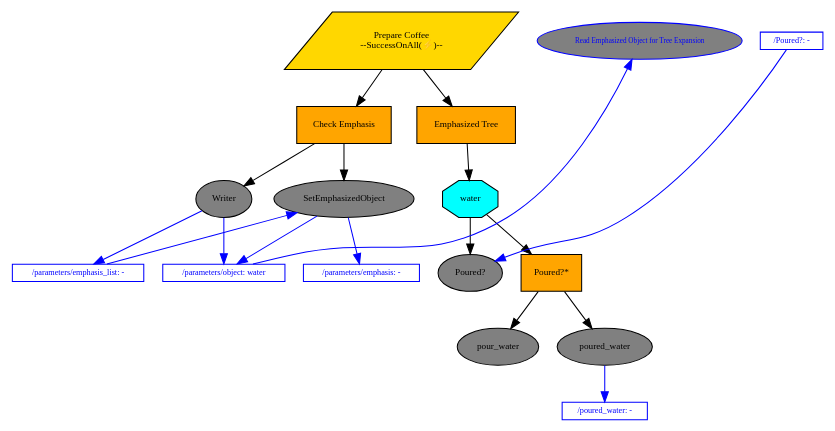
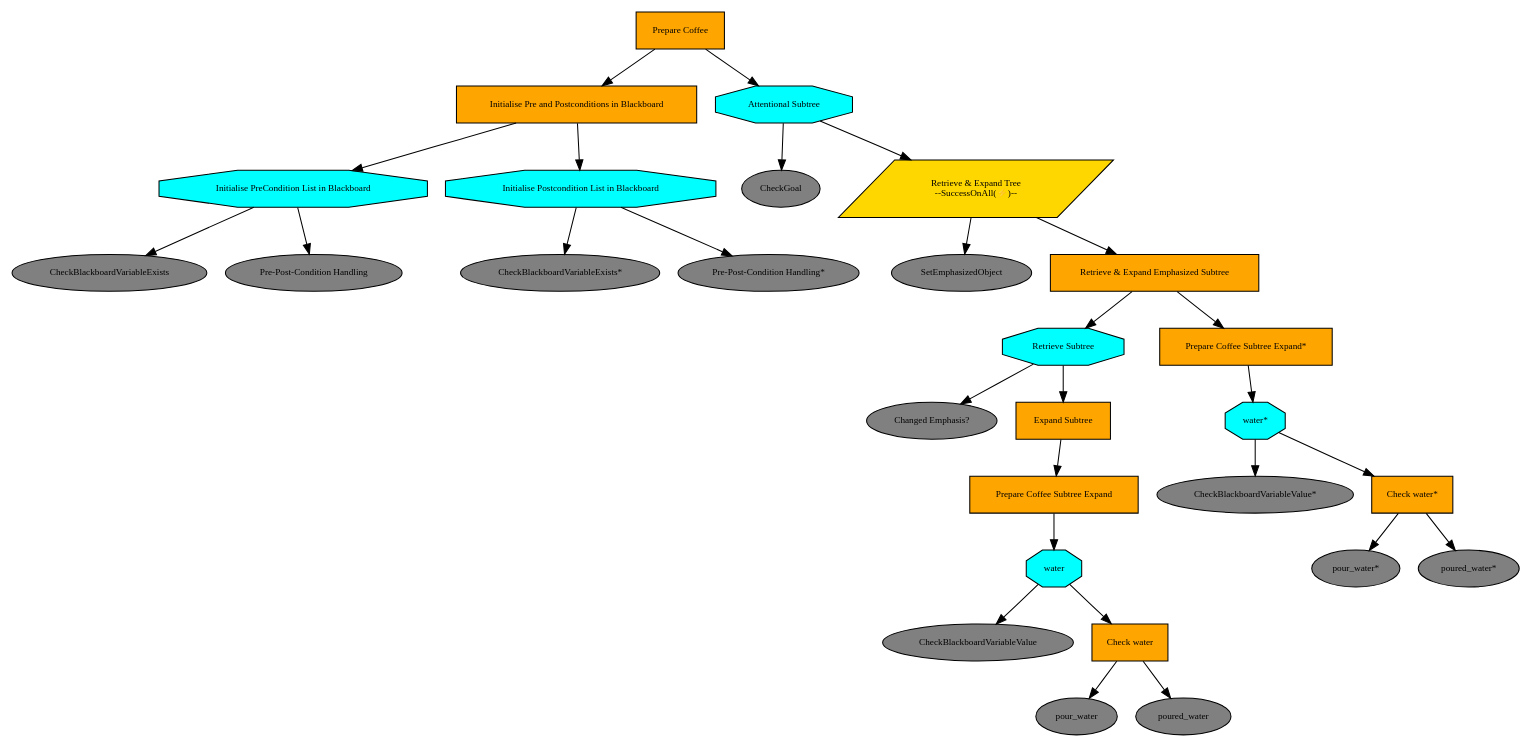
One commit to c7031294/delacruz changed the diagram in prepare_coffee.dot. Above: the diagram before and after it, drawn with Graphviz. The commit also changed 186 other files, not shown here.

```diff
--- a/prepare_coffee.dot
+++ b/prepare_coffee.dot
@@ -1,66 +1,144 @@
 digraph pastafarianism {
 graph [fontname="times-roman"];
 node [fontname="times-roman"];
 edge [fontname="times-roman"];
-"Prepare Coffee" [fillcolor=gold, fontcolor=black, fontsize=9, label="Prepare Coffee\n--SuccessOnAll(⚡)--", shape=parallelogram, style=filled];
-"Check Emphasis" [fillcolor=orange, fontcolor=black, fontsize=9, label="Check Emphasis", shape=box, style=filled];
-"Prepare Coffee" -> "Check Emphasis";
-Writer [fillcolor=gray, fontcolor=black, fontsize=9, label=Writer, shape=ellipse, style=filled];
-"Check Emphasis" -> Writer;
-SetEmphasizedObject [fillcolor=gray, fontcolor=black, fontsize=9, label=SetEmphasizedObject, shape=ellipse, style=filled];
-"Check Emphasis" -> SetEmphasizedObject;
+"Prepare Coffee" [fillcolor=orange, fontcolor=black, fontsize=9, label="Prepare Coffee", shape=box, style=filled];
+"Initialise Pre and Postconditions in Blackboard" [fillcolor=orange, fontcolor=black, fontsize=9, label="Initialise Pre and Postconditions in Blackboard", shape=box, style=filled];
+"Prepare Coffee" -> "Initialise Pre and Postconditions in Blackboard";
+"Initialise PreCondition List in Blackboard" [fillcolor=cyan, fontcolor=black, fontsize=9, label="Initialise PreCondition List in Blackboard", shape=octagon, style=filled];
+"Initialise Pre and Postconditions in Blackboard" -> "Initialise PreCondition List in Blackboard";
+CheckBlackboardVariableExists [fillcolor=gray, fontcolor=black, fontsize=9, label=CheckBlackboardVariableExists, shape=ellipse, style=filled];
+"Initialise PreCondition List in Blackboard" -> CheckBlackboardVariableExists;
+"Pre-Post-Condition Handling" [fillcolor=gray, fontcolor=black, fontsize=9, label="Pre-Post-Condition Handling", shape=ellipse, style=filled];
+"Initialise PreCondition List in Blackboard" -> "Pre-Post-Condition Handling";
 subgraph  {
-label="children_of_Check Emphasis";
+label="children_of_Initialise PreCondition List in Blackboard";
 rank=same;
-Writer [fillcolor=gray, fontcolor=black, fontsize=9, label=Writer, shape=ellipse, style=filled];
-SetEmphasizedObject [fillcolor=gray, fontcolor=black, fontsize=9, label=SetEmphasizedObject, shape=ellipse, style=filled];
+CheckBlackboardVariableExists [fillcolor=gray, fontcolor=black, fontsize=9, label=CheckBlackboardVariableExists, shape=ellipse, style=filled];
+"Pre-Post-Condition Handling" [fillcolor=gray, fontcolor=black, fontsize=9, label="Pre-Post-Condition Handling", shape=ellipse, style=filled];
 }
 
-"Emphasized Tree" [fillcolor=orange, fontcolor=black, fontsize=9, label="Emphasized Tree", shape=box, style=filled];
-"Prepare Coffee" -> "Emphasized Tree";
+"Initialise Postcondition List in Blackboard" [fillcolor=cyan, fontcolor=black, fontsize=9, label="Initialise Postcondition List in Blackboard", shape=octagon, style=filled];
+"Initialise Pre and Postconditions in Blackboard" -> "Initialise Postcondition List in Blackboard";
+"CheckBlackboardVariableExists*" [fillcolor=gray, fontcolor=black, fontsize=9, label="CheckBlackboardVariableExists*", shape=ellipse, style=filled];
+"Initialise Postcondition List in Blackboard" -> "CheckBlackboardVariableExists*";
+"Pre-Post-Condition Handling*" [fillcolor=gray, fontcolor=black, fontsize=9, label="Pre-Post-Condition Handling*", shape=ellipse, style=filled];
+"Initialise Postcondition List in Blackboard" -> "Pre-Post-Condition Handling*";
+subgraph  {
+label="children_of_Initialise Postcondition List in Blackboard";
+rank=same;
+"CheckBlackboardVariableExists*" [fillcolor=gray, fontcolor=black, fontsize=9, label="CheckBlackboardVariableExists*", shape=ellipse, style=filled];
+"Pre-Post-Condition Handling*" [fillcolor=gray, fontcolor=black, fontsize=9, label="Pre-Post-Condition Handling*", shape=ellipse, style=filled];
+}
+
+subgraph  {
+label="children_of_Initialise Pre and Postconditions in Blackboard";
+rank=same;
+"Initialise PreCondition List in Blackboard" [fillcolor=cyan, fontcolor=black, fontsize=9, label="Initialise PreCondition List in Blackboard", shape=octagon, style=filled];
+"Initialise Postcondition List in Blackboard" [fillcolor=cyan, fontcolor=black, fontsize=9, label="Initialise Postcondition List in Blackboard", shape=octagon, style=filled];
+}
+
+"Attentional Subtree" [fillcolor=cyan, fontcolor=black, fontsize=9, label="Attentional Subtree", shape=octagon, style=filled];
+"Prepare Coffee" -> "Attentional Subtree";
+CheckGoal [fillcolor=gray, fontcolor=black, fontsize=9, label=CheckGoal, shape=ellipse, style=filled];
+"Attentional Subtree" -> CheckGoal;
+"Retrieve & Expand Tree" [fillcolor=gold, fontcolor=black, fontsize=9, label="Retrieve & Expand Tree\n--SuccessOnAll(⚡)--", shape=parallelogram, style=filled];
+"Attentional Subtree" -> "Retrieve & Expand Tree";
+SetEmphasizedObject [fillcolor=gray, fontcolor=black, fontsize=9, label=SetEmphasizedObject, shape=ellipse, style=filled];
+"Retrieve & Expand Tree" -> SetEmphasizedObject;
+"Retrieve & Expand Emphasized Subtree" [fillcolor=orange, fontcolor=black, fontsize=9, label="Retrieve & Expand Emphasized Subtree", shape=box, style=filled];
+"Retrieve & Expand Tree" -> "Retrieve & Expand Emphasized Subtree";
+"Retrieve Subtree" [fillcolor=cyan, fontcolor=black, fontsize=9, label="Retrieve Subtree", shape=octagon, style=filled];
+"Retrieve & Expand Emphasized Subtree" -> "Retrieve Subtree";
+"Changed Emphasis?" [fillcolor=gray, fontcolor=black, fontsize=9, label="Changed Emphasis?", shape=ellipse, style=filled];
+"Retrieve Subtree" -> "Changed Emphasis?";
+"Expand Subtree" [fillcolor=orange, fontcolor=black, fontsize=9, label="Expand Subtree", shape=box, style=filled];
+"Retrieve Subtree" -> "Expand Subtree";
+"Prepare Coffee Subtree Expand" [fillcolor=orange, fontcolor=black, fontsize=9, label="Prepare Coffee Subtree Expand", shape=box, style=filled];
+"Expand Subtree" -> "Prepare Coffee Subtree Expand";
 water [fillcolor=cyan, fontcolor=black, fontsize=9, label=water, shape=octagon, style=filled];
-"Emphasized Tree" -> water;
-"Poured?" [fillcolor=gray, fontcolor=black, fontsize=9, label="Poured?", shape=ellipse, style=filled];
-water -> "Poured?";
-"Poured?*" [fillcolor=orange, fontcolor=black, fontsize=9, label="Poured?*", shape=box, style=filled];
-water -> "Poured?*";
+"Prepare Coffee Subtree Expand" -> water;
+CheckBlackboardVariableValue [fillcolor=gray, fontcolor=black, fontsize=9, label=CheckBlackboardVariableValue, shape=ellipse, style=filled];
+water -> CheckBlackboardVariableValue;
+"Check water" [fillcolor=orange, fontcolor=black, fontsize=9, label="Check water", shape=box, style=filled];
+water -> "Check water";
 pour_water [fillcolor=gray, fontcolor=black, fontsize=9, label=pour_water, shape=ellipse, style=filled];
-"Poured?*" -> pour_water;
+"Check water" -> pour_water;
 poured_water [fillcolor=gray, fontcolor=black, fontsize=9, label=poured_water, shape=ellipse, style=filled];
-"Poured?*" -> poured_water;
+"Check water" -> poured_water;
 subgraph  {
-label="children_of_Poured?";
+label="children_of_Check water";
 rank=same;
 pour_water [fillcolor=gray, fontcolor=black, fontsize=9, label=pour_water, shape=ellipse, style=filled];
 poured_water [fillcolor=gray, fontcolor=black, fontsize=9, label=poured_water, shape=ellipse, style=filled];
 }
 
 subgraph  {
 label=children_of_water;
 rank=same;
-"Poured?" [fillcolor=gray, fontcolor=black, fontsize=9, label="Poured?", shape=ellipse, style=filled];
-"Poured?*" [fillcolor=orange, fontcolor=black, fontsize=9, label="Poured?*", shape=box, style=filled];
+CheckBlackboardVariableValue [fillcolor=gray, fontcolor=black, fontsize=9, label=CheckBlackboardVariableValue, shape=ellipse, style=filled];
+"Check water" [fillcolor=orange, fontcolor=black, fontsize=9, label="Check water", shape=box, style=filled];
+}
+
+subgraph  {
+label="children_of_Retrieve Subtree";
+rank=same;
+"Changed Emphasis?" [fillcolor=gray, fontcolor=black, fontsize=9, label="Changed Emphasis?", shape=ellipse, style=filled];
+"Expand Subtree" [fillcolor=orange, fontcolor=black, fontsize=9, label="Expand Subtree", shape=box, style=filled];
+}
+
+"Prepare Coffee Subtree Expand*" [fillcolor=orange, fontcolor=black, fontsize=9, label="Prepare Coffee Subtree Expand*", shape=box, style=filled];
+"Retrieve & Expand Emphasized Subtree" -> "Prepare Coffee Subtree Expand*";
+"water*" [fillcolor=cyan, fontcolor=black, fontsize=9, label="water*", shape=octagon, style=filled];
+"Prepare Coffee Subtree Expand*" -> "water*";
+"CheckBlackboardVariableValue*" [fillcolor=gray, fontcolor=black, fontsize=9, label="CheckBlackboardVariableValue*", shape=ellipse, style=filled];
+"water*" -> "CheckBlackboardVariableValue*";
+"Check water*" [fillcolor=orange, fontcolor=black, fontsize=9, label="Check water*", shape=box, style=filled];
+"water*" -> "Check water*";
+"pour_water*" [fillcolor=gray, fontcolor=black, fontsize=9, label="pour_water*", shape=ellipse, style=filled];
+"Check water*" -> "pour_water*";
+"poured_water*" [fillcolor=gray, fontcolor=black, fontsize=9, label="poured_water*", shape=ellipse, style=filled];
+"Check water*" -> "poured_water*";
+subgraph  {
+label="children_of_Check water";
+rank=same;
+"pour_water*" [fillcolor=gray, fontcolor=black, fontsize=9, label="pour_water*", shape=ellipse, style=filled];
+"poured_water*" [fillcolor=gray, fontcolor=black, fontsize=9, label="poured_water*", shape=ellipse, style=filled];
+}
+
+subgraph  {
+label=children_of_water;
+rank=same;
+"CheckBlackboardVariableValue*" [fillcolor=gray, fontcolor=black, fontsize=9, label="CheckBlackboardVariableValue*", shape=ellipse, style=filled];
+"Check water*" [fillcolor=orange, fontcolor=black, fontsize=9, label="Check water*", shape=box, style=filled];
+}
+
+subgraph  {
+label="children_of_Retrieve & Expand Emphasized Subtree";
+rank=same;
+"Retrieve Subtree" [fillcolor=cyan, fontcolor=black, fontsize=9, label="Retrieve Subtree", shape=octagon, style=filled];
+"Prepare Coffee Subtree Expand*" [fillcolor=orange, fontcolor=black, fontsize=9, label="Prepare Coffee Subtree Expand*", shape=box, style=filled];
+}
+
+subgraph  {
+label="children_of_Retrieve & Expand Tree";
+rank=same;
+SetEmphasizedObject [fillcolor=gray, fontcolor=black, fontsize=9, label=SetEmphasizedObject, shape=ellipse, style=filled];
+"Retrieve & Expand Emphasized Subtree" [fillcolor=orange, fontcolor=black, fontsize=9, label="Retrieve & Expand Emphasized Subtree", shape=box, style=filled];
+}
+
+subgraph  {
+label="children_of_Attentional Subtree";
+rank=same;
+CheckGoal [fillcolor=gray, fontcolor=black, fontsize=9, label=CheckGoal, shape=ellipse, style=filled];
+"Retrieve & Expand Tree" [fillcolor=gold, fontcolor=black, fontsize=9, label="Retrieve & Expand Tree\n--SuccessOnAll(⚡)--", shape=parallelogram, style=filled];
 }
 
 subgraph  {
 label="children_of_Prepare Coffee";
 rank=same;
-"Check Emphasis" [fillcolor=orange, fontcolor=black, fontsize=9, label="Check Emphasis", shape=box, style=filled];
-"Emphasized Tree" [fillcolor=orange, fontcolor=black, fontsize=9, label="Emphasized Tree", shape=box, style=filled];
+"Initialise Pre and Postconditions in Blackboard" [fillcolor=orange, fontcolor=black, fontsize=9, label="Initialise Pre and Postconditions in Blackboard", shape=box, style=filled];
+"Attentional Subtree" [fillcolor=cyan, fontcolor=black, fontsize=9, label="Attentional Subtree", shape=octagon, style=filled];
 }
 
-"Read Emphasized Object for Tree Expansion" [color=blue, fillcolor=gray, fontcolor=blue, fontsize=7, label="Read Emphasized Object for Tree Expansion", shape=ellipse, style=filled];
-"/parameters/emphasis_list" [color=blue, fillcolor=white, fixedsize=False, fontcolor=blue, fontsize=8, height=0, label="/parameters/emphasis_list: -", shape=box, style=filled, width=0];
-"/parameters/emphasis_list" -> SetEmphasizedObject  [color=blue, constraint=False];
-Writer -> "/parameters/emphasis_list"  [color=blue, constraint=True];
-"/parameters/object" [color=blue, fillcolor=white, fixedsize=False, fontcolor=blue, fontsize=8, height=0, label="/parameters/object: water", shape=box, style=filled, width=0];
-"/parameters/object" -> "Read Emphasized Object for Tree Expansion"  [color=blue, constraint=False];
-SetEmphasizedObject -> "/parameters/object"  [color=blue, constraint=True];
-Writer -> "/parameters/object"  [color=blue, constraint=True];
-"/parameters/emphasis" [color=blue, fillcolor=white, fixedsize=False, fontcolor=blue, fontsize=8, height=0, label="/parameters/emphasis: -", shape=box, style=filled, width=0];
-SetEmphasizedObject -> "/parameters/emphasis"  [color=blue, constraint=True];
-"/Poured?" [color=blue, fillcolor=white, fixedsize=False, fontcolor=blue, fontsize=8, height=0, label="/Poured?: -", shape=box, style=filled, width=0];
-"/Poured?" -> "Poured?"  [color=blue, constraint=False];
-"/poured_water" [color=blue, fillcolor=white, fixedsize=False, fontcolor=blue, fontsize=8, height=0, label="/poured_water: -", shape=box, style=filled, width=0];
-poured_water -> "/poured_water"  [color=blue, constraint=True];
 }
```
